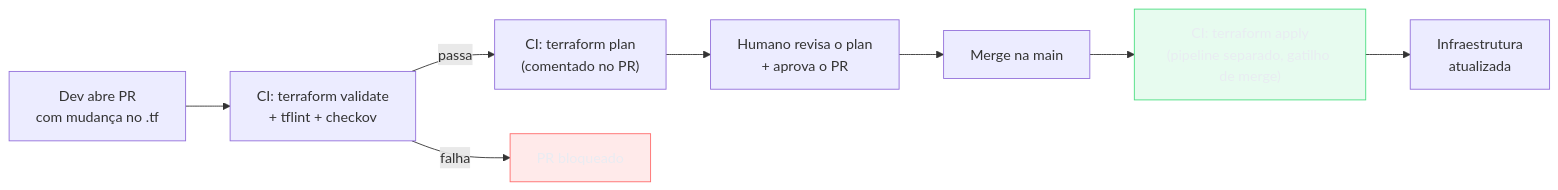
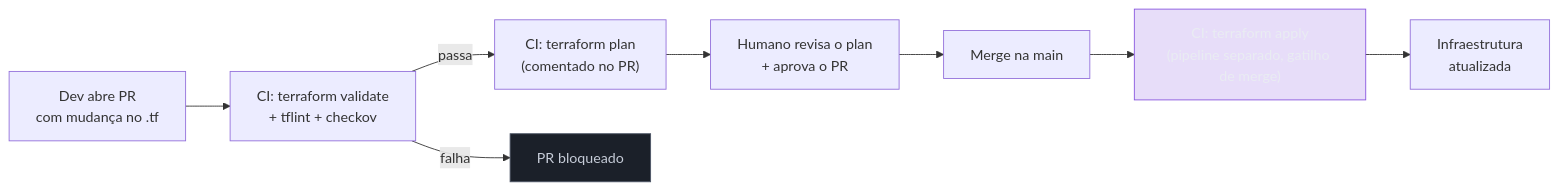
Before and after one commit to josenaldo/codex-technomanticus: the third of 3 diagrams in 03-Dominios/Tecnologia/Cloud/16 - Infrastructure as Code/05 - Módulos, ambientes e boas práticas.md, drawn with Mermaid. The commit also changed 601 other files, not shown here.

````diff
--- a/03-Dominios/Tecnologia/Cloud/16 - Infrastructure as Code/05 - Módulos, ambientes e boas práticas.md
+++ b/03-Dominios/Tecnologia/Cloud/16 - Infrastructure as Code/05 - Módulos, ambientes e boas práticas.md
@@ -156,15 +156,15 @@
 ```mermaid
 flowchart LR
-    classDef falha fill:#FF6B6B24,stroke:#FF6B6B,color:#E9ECF2
-    classDef ok fill:#4ADE8021,stroke:#4ADE80,color:#E9ECF2
+    classDef marca fill:#8855DF33,stroke:#8855DF,color:#E9ECF2
+    classDef neutro fill:#1B2029,stroke:#4E5666,color:#C6CCD8
     Dev["Dev abre PR\ncom mudança no .tf"] --> Val["CI: terraform validate\n+ tflint + checkov"]
     Val -->|"passa"| Plan["CI: terraform plan\n(comentado no PR)"]
     Val -->|"falha"| Block["PR bloqueado"]
     Plan --> Review["Humano revisa o plan\n+ aprova o PR"]
     Review --> Merge["Merge na main"]
     Merge --> Apply["CI: terraform apply\n(pipeline separado, gatilho de merge)"]
     Apply --> Prod["Infraestrutura\natualizada"]
 
-    class Block falha
-    class Apply ok
+    class Block neutro
+    class Apply marca
 ```
````
